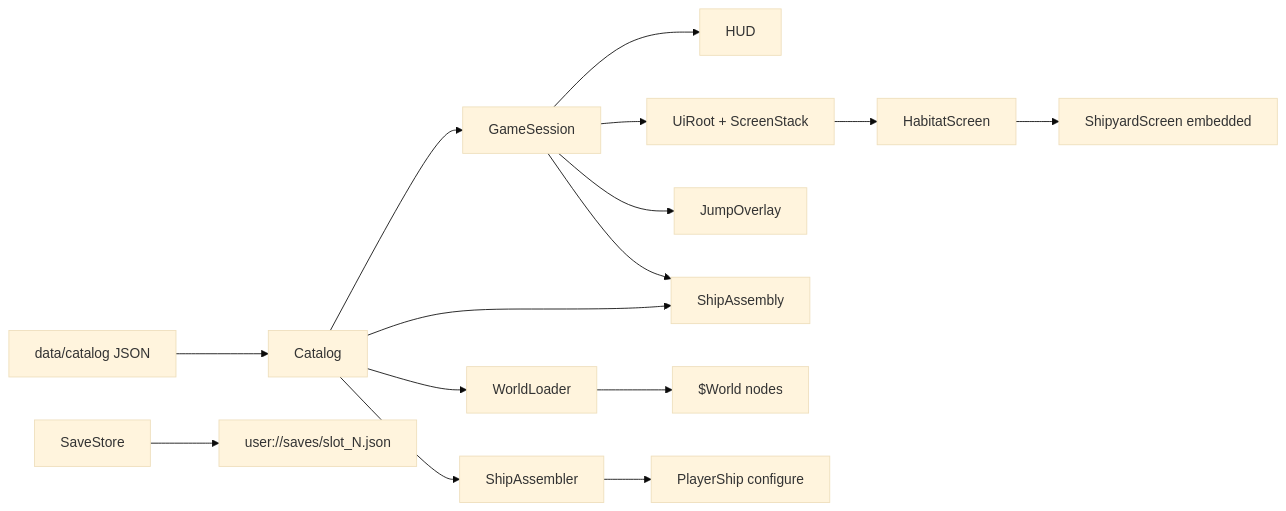
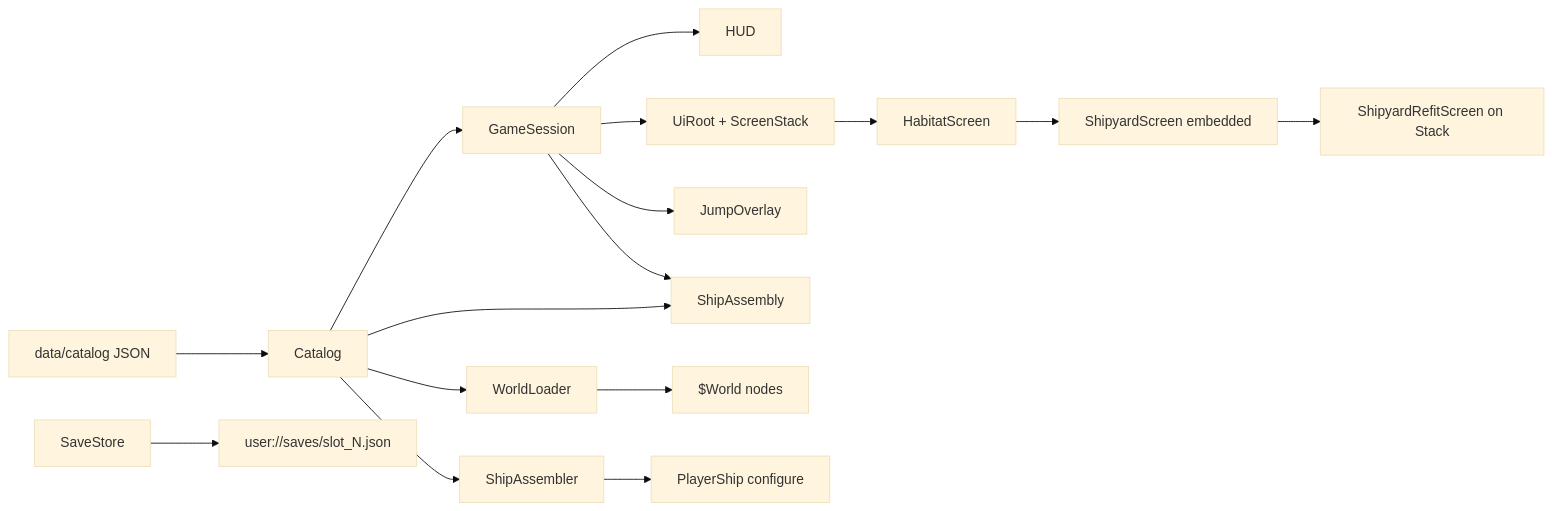
One commit to alan-mcl/cartel2 changed the first of 2 diagrams in docs/design/architecture/architecture.md. Above: the diagram before and after it, drawn with Mermaid (base theme). The commit also changed other lines of this file and 12 other files, not shown here.

````diff
--- a/docs/design/architecture/architecture.md
+++ b/docs/design/architecture/architecture.md
@@ -28,17 +28,18 @@
 ```mermaid
 flowchart LR
   JSON[data/catalog JSON] --> Catalog
   Catalog --> Session[GameSession]
   Catalog --> Assembler[ShipAssembler]
   Catalog --> Loader[WorldLoader]
   Session --> HUD
   Session --> UiRoot[UiRoot + ScreenStack]
   Session --> Jump[JumpOverlay]
   Session --> Assembly[ShipAssembly]
   Catalog --> Assembly
   UiRoot --> Habitat[HabitatScreen]
   Habitat --> Shipyard[ShipyardScreen embedded]
+  Shipyard --> Refit[ShipyardRefitScreen on Stack]
   SaveStore --> UserSaves[user://saves/slot_N.json]
   Loader --> World["$World nodes"]
   Assembler --> PlayerShip[PlayerShip configure]
 ```
````
